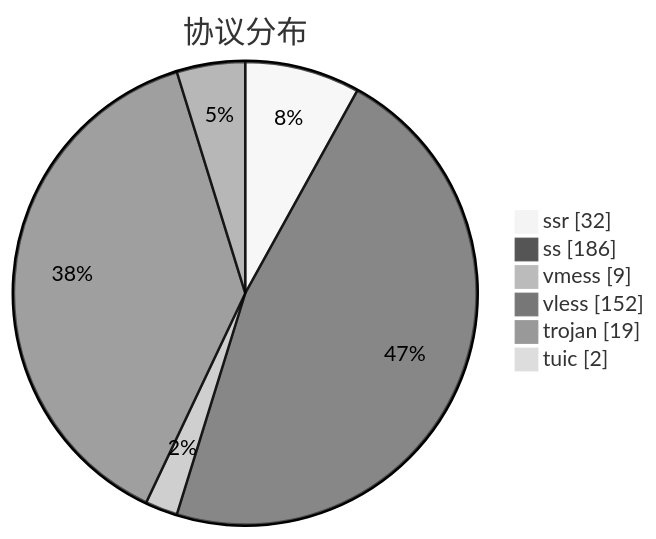
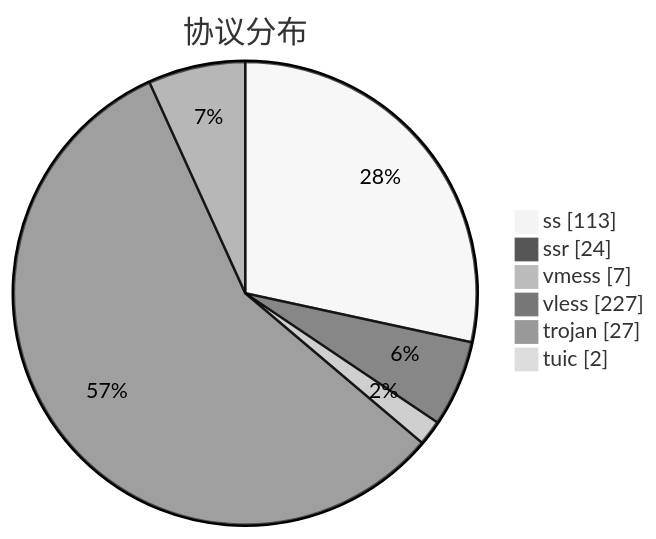
The third of 3 diagrams in subs/statistics/tested_within.md (qjlxg/airport), drawn with Mermaid (neutral theme) before and after one commit. The commit also changed other lines of this file and 2 other files, not shown here.

````diff
--- a/subs/statistics/tested_within.md
+++ b/subs/statistics/tested_within.md
@@ -33,10 +31,10 @@
 ```mermaid
 pie showData
 title 协议分布
-"ssr" : 32
-"ss" : 186
-"vmess" : 9
-"vless" : 152
-"trojan" : 19
+"ss" : 113
+"ssr" : 24
+"vmess" : 7
+"vless" : 227
+"trojan" : 27
 "tuic" : 2
 ```
````
